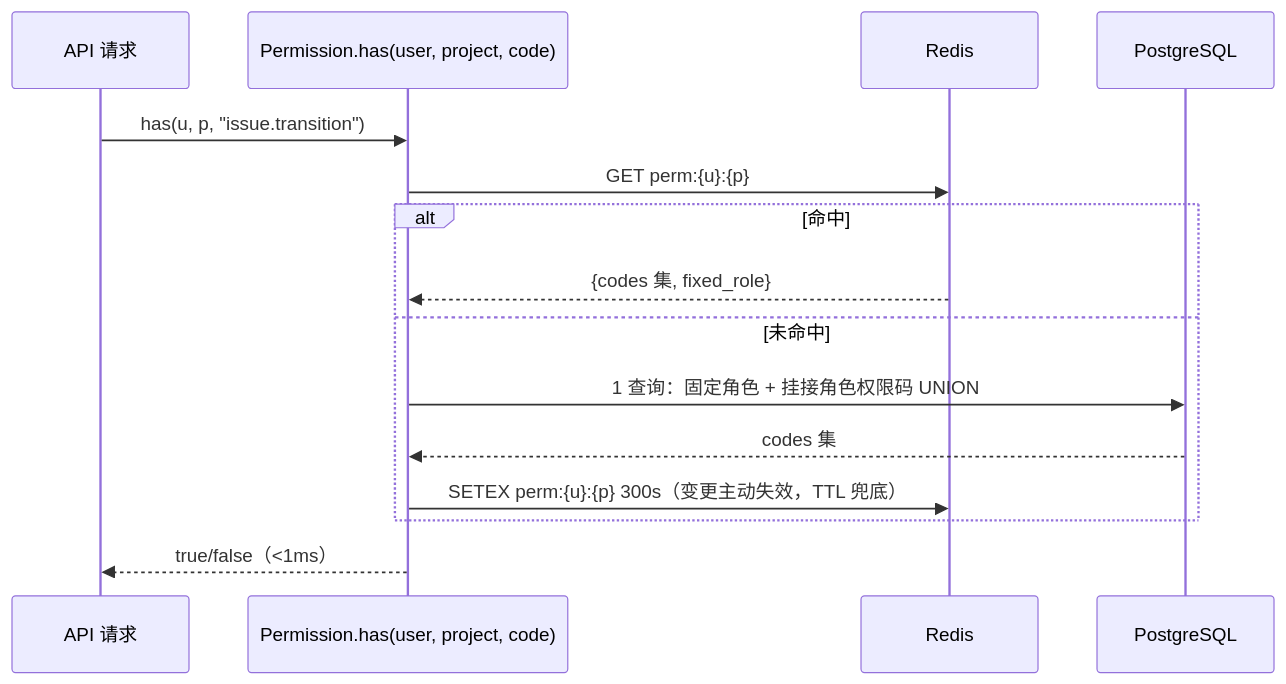
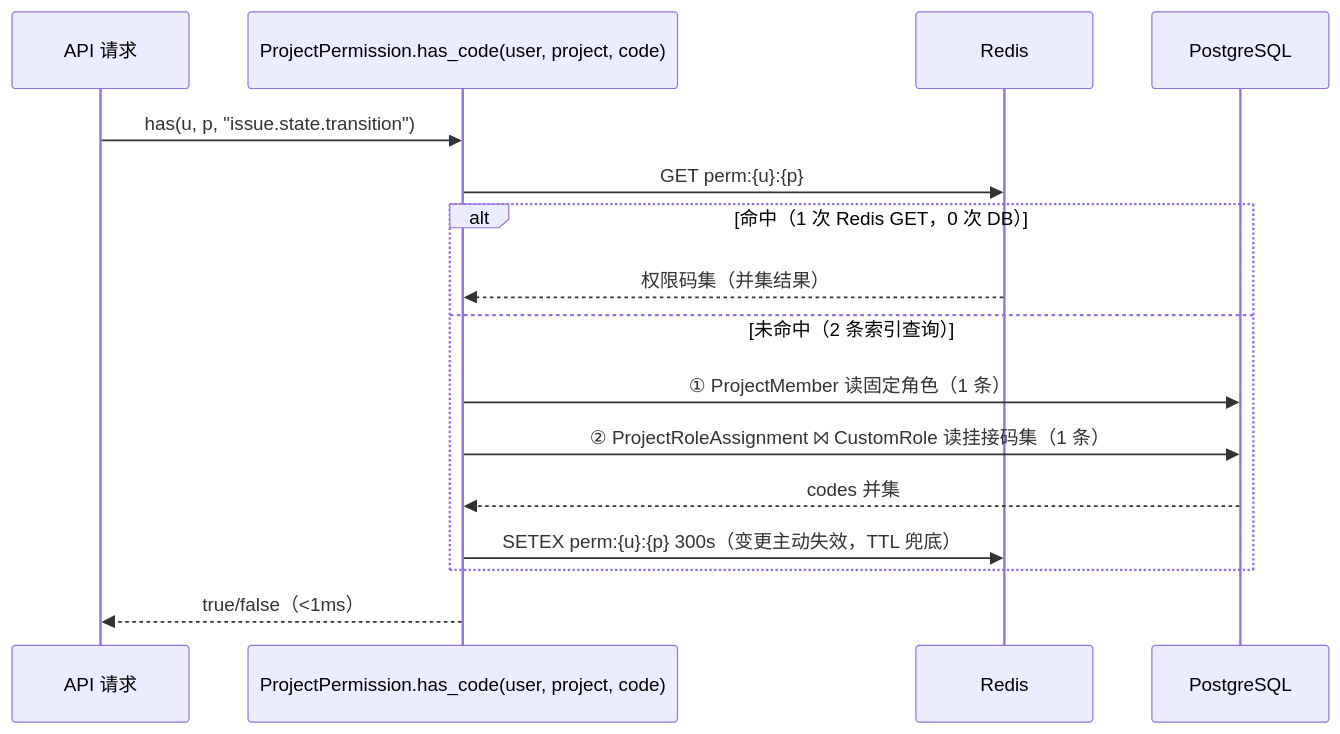
Before and after one commit to RabbitAI-Lab/RabbitProjects: the third of 3 diagrams in docs/sprint-8-enterprise-org/AUTH-008-custom-roles.md, drawn with Mermaid. The commit also changed other lines of this file and 13 other files, not shown here.

````diff
--- a/docs/sprint-8-enterprise-org/AUTH-008-custom-roles.md
+++ b/docs/sprint-8-enterprise-org/AUTH-008-custom-roles.md
@@ -117,18 +133,19 @@
 ```mermaid
 sequenceDiagram
     participant Req as API 请求
-    participant P as Permission.has(user, project, code)
+    participant P as ProjectPermission.has_code(user, project, code)
     participant R as Redis
     participant DB as PostgreSQL
 
-    Req->>P: has(u, p, "issue.transition")
+    Req->>P: has(u, p, "issue.state.transition")
     P->>R: GET perm:{u}:{p}
-    alt 命中
-        R-->>P: {codes 集, fixed_role}
-    else 未命中
-        P->>DB: 1 查询：固定角色 + 挂接角色权限码 UNION
-        DB-->>P: codes 集
+    alt 命中（1 次 Redis GET，0 次 DB）
+        R-->>P: 权限码集（并集结果）
+    else 未命中（2 条索引查询）
+        P->>DB: ① ProjectMember 读固定角色（1 条）
+        P->>DB: ② ProjectRoleAssignment ⨝ CustomRole 读挂接码集（1 条）
+        DB-->>P: codes 并集
         P->>R: SETEX perm:{u}:{p} 300s（变更主动失效，TTL 兜底）
     end
     P-->>Req: true/false（<1ms）
 ```
````
